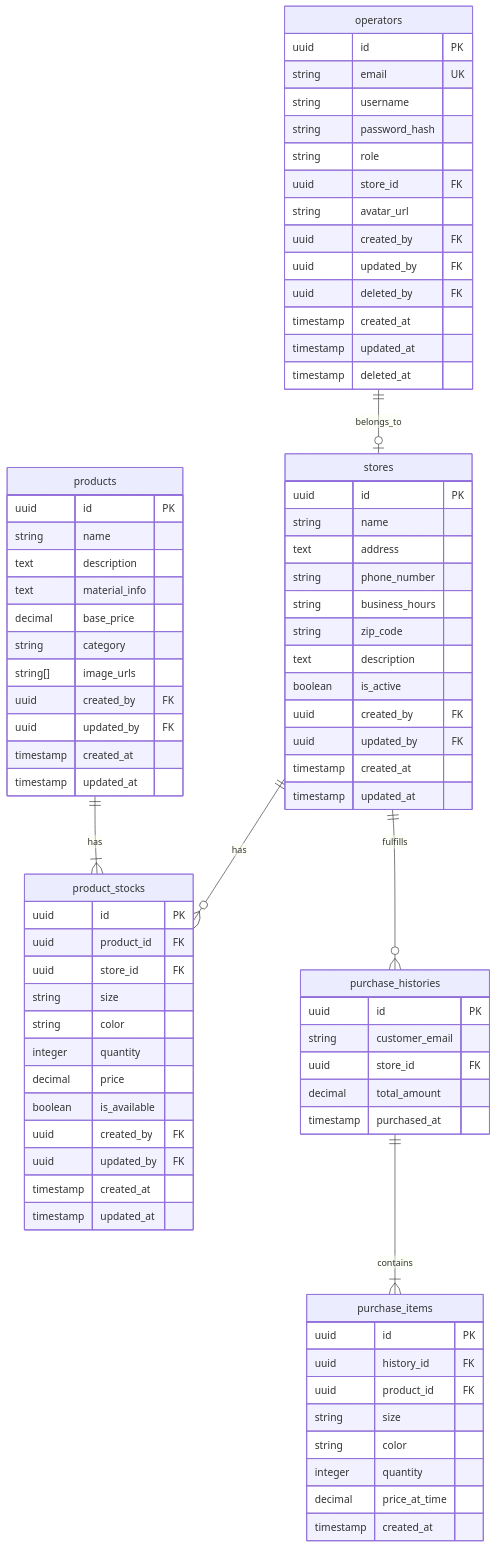
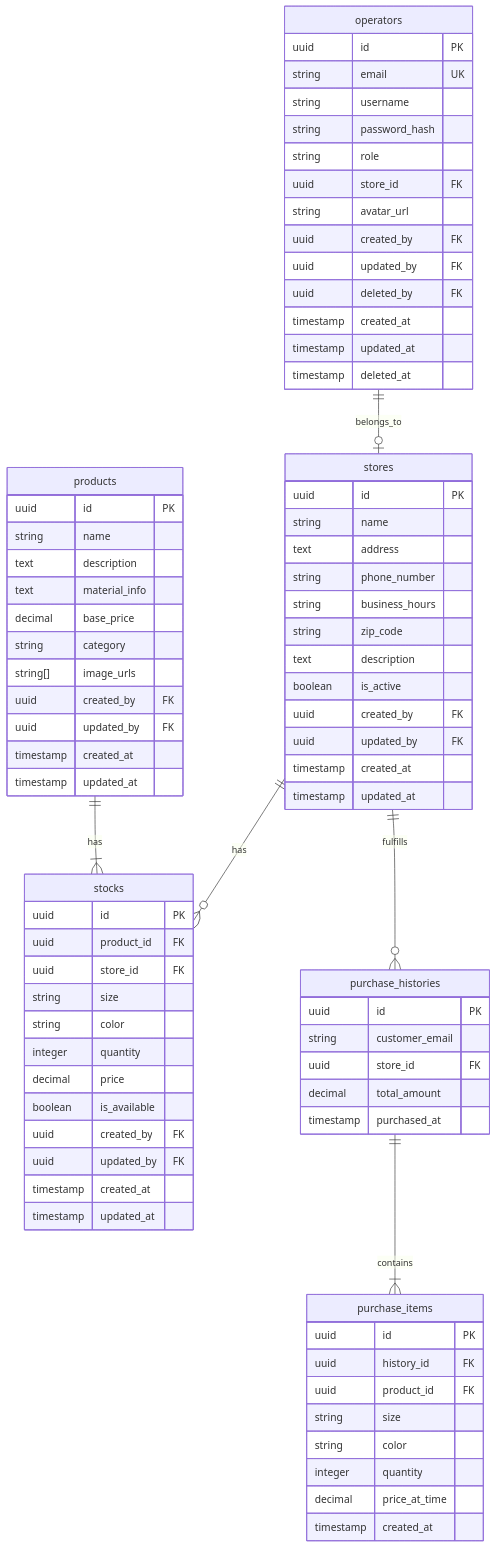
One commit to riii111/go-rust-comparison changed the diagram in README.md. Above: the diagram before and after it, drawn with Mermaid. The commit also changed other lines of this file, not shown here.

Commit message:
テーブル名を変更
[skip ci]

```diff
--- a/README.md
+++ b/README.md
@@ -63,7 +63,7 @@
         timestamp deleted_at
     }
 
-    stores ||--o{ product_stocks : "has"
+    stores ||--o{ stocks : "has"
     stores ||--o{ purchase_histories : "fulfills"
     stores {
         uuid id PK
@@ -80,7 +80,7 @@
         timestamp updated_at
     }
 
-    products ||--|{ product_stocks : "has"
+    products ||--|{ stocks : "has"
     products {
         uuid id PK
         string name
@@ -95,7 +95,7 @@
         timestamp updated_at
     }
 
-    product_stocks {
+    stocks {
         uuid id PK
         uuid product_id FK
         uuid store_id FK
```
